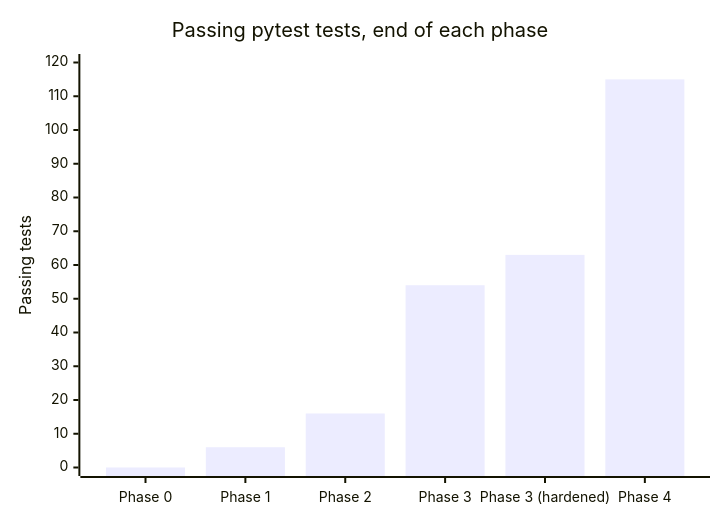
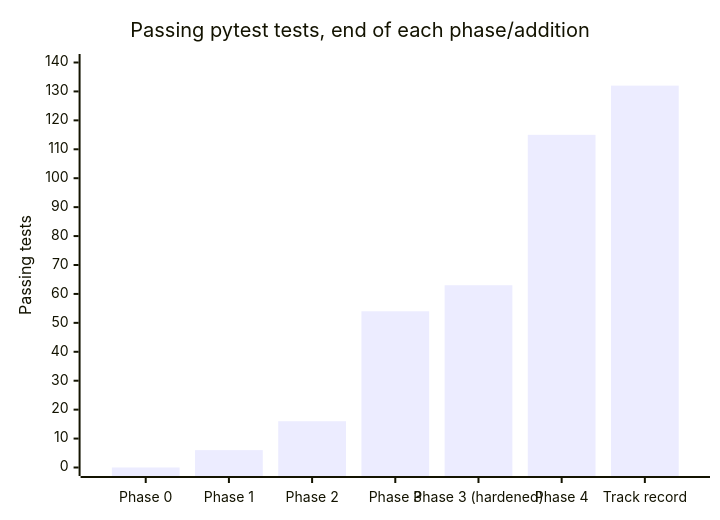
One commit to luicsw/Trader changed the first of 2 diagrams in documentations/tests/README.md. Above: the diagram before and after it, drawn with Mermaid. The commit also changed other lines of this file and 14 other files, not shown here.

````diff
--- a/documentations/tests/README.md
+++ b/documentations/tests/README.md
@@ -17,7 +18,7 @@
 ```mermaid
 xychart-beta
-    title "Passing pytest tests, end of each phase"
-    x-axis ["Phase 0", "Phase 1", "Phase 2", "Phase 3", "Phase 3 (hardened)", "Phase 4"]
-    y-axis "Passing tests" 0 --> 120
-    bar [0, 6, 16, 54, 63, 115]
+    title "Passing pytest tests, end of each phase/addition"
+    x-axis ["Phase 0", "Phase 1", "Phase 2", "Phase 3", "Phase 3 (hardened)", "Phase 4", "Track record"]
+    y-axis "Passing tests" 0 --> 140
+    bar [0, 6, 16, 54, 63, 115, 132]
 ```
````
